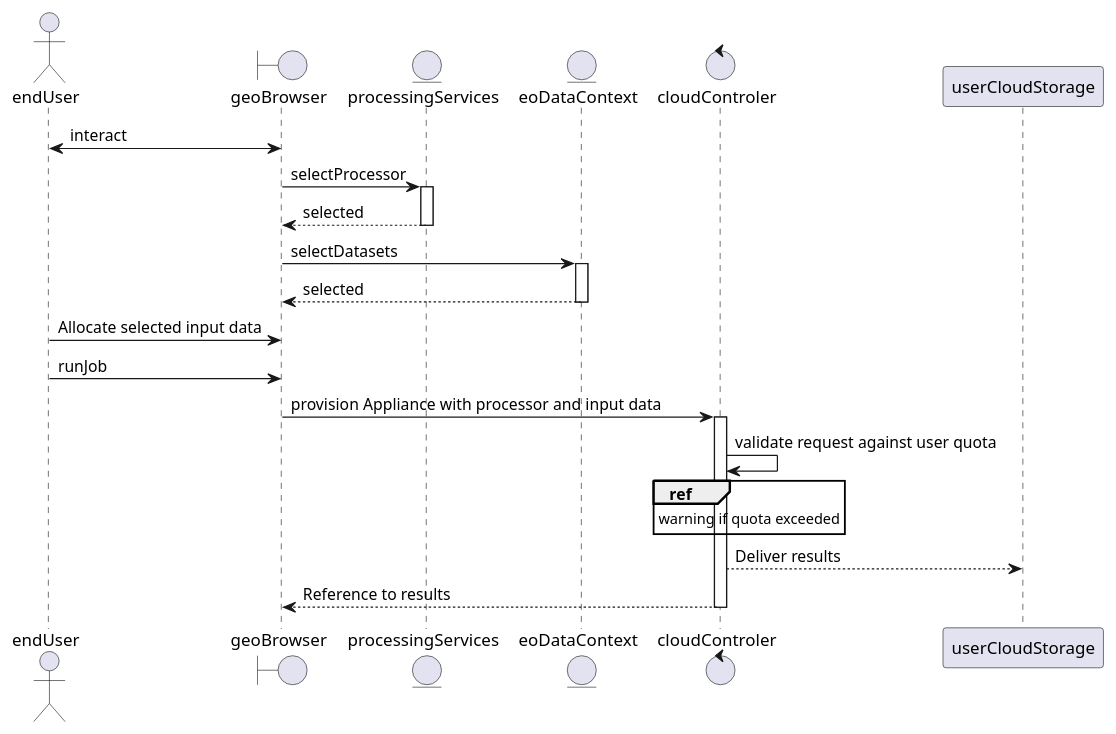
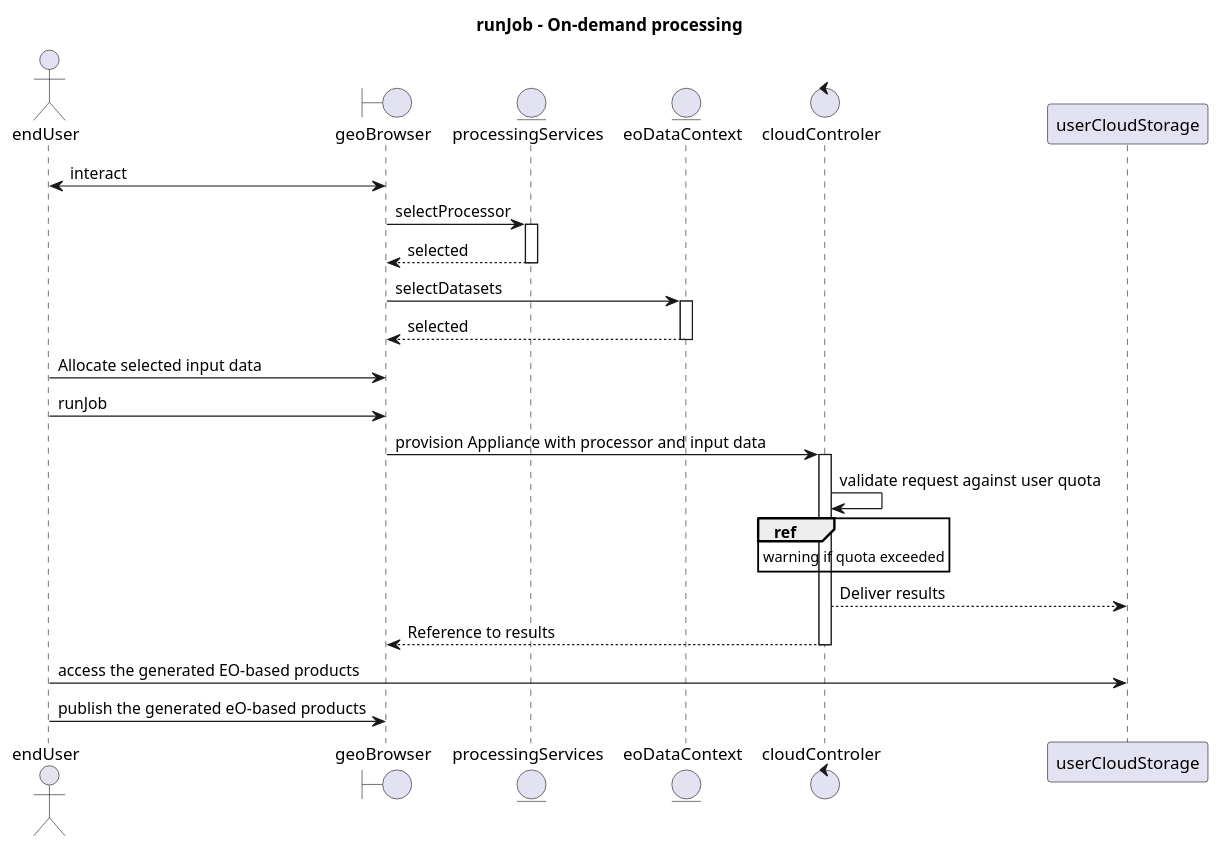
Before and after one commit to Terradue/doc-tep-geohazards-arch: the sixth of 6 diagrams in source/enterprise/scope.rst, drawn with PlantUML. The commit also changed other lines of this file, not shown here.

```diff
--- a/source/enterprise/scope.rst
+++ b/source/enterprise/scope.rst
@@ -106,32 +106,35 @@
 .. uml::
-
+       title runJob - On-demand processing
        actor endUser
        ' Boundary (view in MVC) Objects that interface with system actors   
        boundary geoBrowser 
        ' Entity (model in MVC): Objects representing system data
        entity processingServices
        entity eoDataContext
        ' Control (controller in MVC): Objects that mediate between boundaries and entities
        control cloudControler
 
        endUser <-> geoBrowser: interact
        geoBrowser -> processingServices: selectProcessor
        activate processingServices
        geoBrowser <-- processingServices: selected 
        deactivate processingServices
 
        geoBrowser -> eoDataContext: selectDatasets
        activate eoDataContext
        geoBrowser <-- eoDataContext: selected
        deactivate eoDataContext
 
        endUser -> geoBrowser: Allocate selected input data
        endUser -> geoBrowser: runJob
 
        geoBrowser -> cloudControler: provision Appliance with processor and input data
        activate cloudControler
        cloudControler->cloudControler: validate request against user quota
        ref over cloudControler: warning if quota exceeded
        cloudControler --> userCloudStorage: Deliver results
        geoBrowser <-- cloudControler: Reference to results
        deactivate cloudControler
+
+       endUser -> userCloudStorage: access the generated EO-based products
+       endUser -> geoBrowser: publish the generated eO-based products
```
